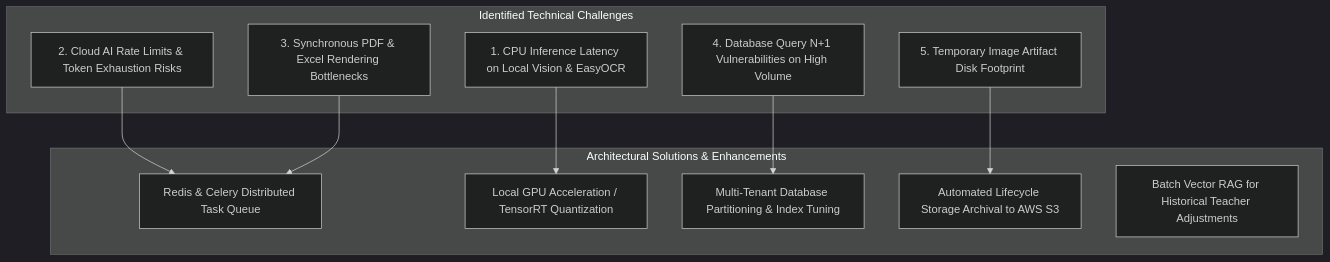
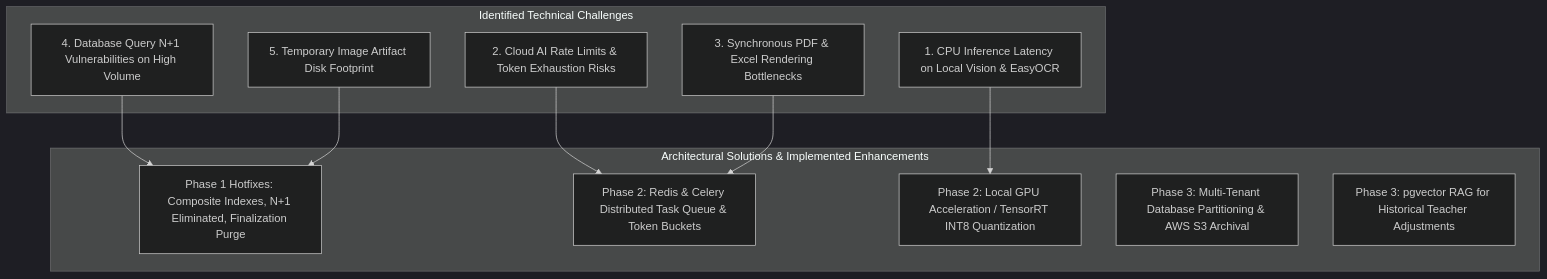
The first of 2 diagrams in docs/SYSTEM_IMPROVEMENT_ROADMAP.md (hijbullahx/IntelliGrade), drawn with Mermaid (dark theme) before and after one commit. The commit also changed other lines of this file and 18 other files, not shown here.

Commit message:
docs: initialize project documentation suite including system architecture, requirements, and workflow design

````diff
--- a/docs/SYSTEM_IMPROVEMENT_ROADMAP.md
+++ b/docs/SYSTEM_IMPROVEMENT_ROADMAP.md
@@ -16,24 +16,24 @@
 ```mermaid
 graph TD
     subgraph Identified Technical Challenges
         B1[1. CPU Inference Latency on Local Vision & EasyOCR]
         B2[2. Cloud AI Rate Limits & Token Exhaustion Risks]
         B3[3. Synchronous PDF & Excel Rendering Bottlenecks]
         B4[4. Database Query N+1 Vulnerabilities on High Volume]
         B5[5. Temporary Image Artifact Disk Footprint]
     end
 
-    subgraph Architectural Solutions & Enhancements
-        S1[Redis & Celery Distributed Task Queue]
-        S2[Local GPU Acceleration / TensorRT Quantization]
-        S3[Multi-Tenant Database Partitioning & Index Tuning]
-        S4[Automated Lifecycle Storage Archival to AWS S3]
-        S5[Batch Vector RAG for Historical Teacher Adjustments]
+    subgraph Architectural Solutions & Implemented Enhancements
+        S1[Phase 1 Hotfixes: Composite Indexes, N+1 Eliminated, Finalization Purge]
+        S2[Phase 2: Redis & Celery Distributed Task Queue & Token Buckets]
+        S3[Phase 2: Local GPU Acceleration / TensorRT INT8 Quantization]
+        S4[Phase 3: Multi-Tenant Database Partitioning & AWS S3 Archival]
+        S5[Phase 3: pgvector RAG for Historical Teacher Adjustments]
     end
 
-    B1 --> S2
-    B2 --> S1
-    B3 --> S1
-    B4 --> S3
-    B5 --> S4
+    B4 --> S1
+    B5 --> S1
+    B1 --> S3
+    B2 --> S2
+    B3 --> S2
 ```
````
